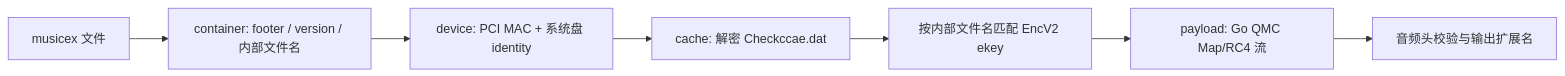
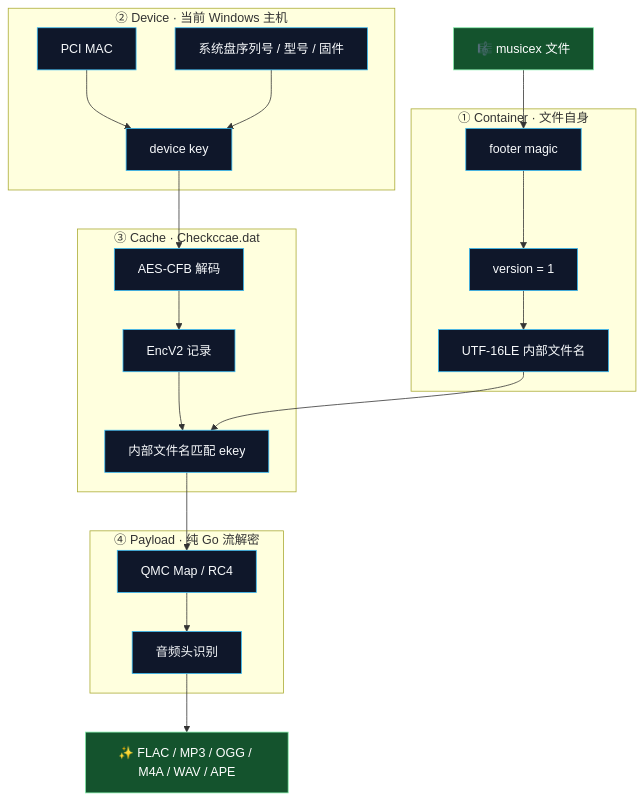
Before and after one commit to DearZL/unlock-music-go: the second of 5 diagrams in README.md, drawn with Mermaid. The commit also changed other lines of this file, not shown here.

````diff
--- a/README.md
+++ b/README.md
@@ -43,9 +67,33 @@
 ```mermaid
-flowchart LR
-  A[musicex 文件] --> B[container: footer / version / 内部文件名]
-  B --> C[device: PCI MAC + 系统盘 identity]
-  C --> D[cache: 解密 Checkccae.dat]
-  D --> E[按内部文件名匹配 EncV2 ekey]
-  E --> F[payload: Go QMC Map/RC4 流]
-  F --> G[音频头校验与输出扩展名]
+flowchart TB
+    A[🎼 musicex 文件] --> B
+
+    subgraph Container["① Container · 文件自身"]
+        B[footer magic] --> C[version = 1]
+        C --> D[UTF-16LE 内部文件名]
+    end
+
+    subgraph Device["② Device · 当前 Windows 主机"]
+        E[PCI MAC] --> G[device key]
+        F[系统盘序列号 / 型号 / 固件] --> G
+    end
+
+    subgraph Cache["③ Cache · Checkccae.dat"]
+        H[AES-CFB 解码] --> I[EncV2 记录]
+        I --> J[内部文件名匹配 ekey]
+    end
+
+    subgraph Payload["④ Payload · 纯 Go 流解密"]
+        K[QMC Map / RC4] --> L[音频头识别]
+    end
+
+    D --> J
+    G --> H
+    J --> K
+    L --> M[✨ FLAC / MP3 / OGG / M4A / WAV / APE]
+
+    classDef stage fill:#0f172a,stroke:#38bdf8,color:#f8fafc;
+    classDef result fill:#14532d,stroke:#86efac,color:#fff;
+    class B,C,D,E,F,G,H,I,J,K,L stage;
+    class A,M result;
 ```
````
